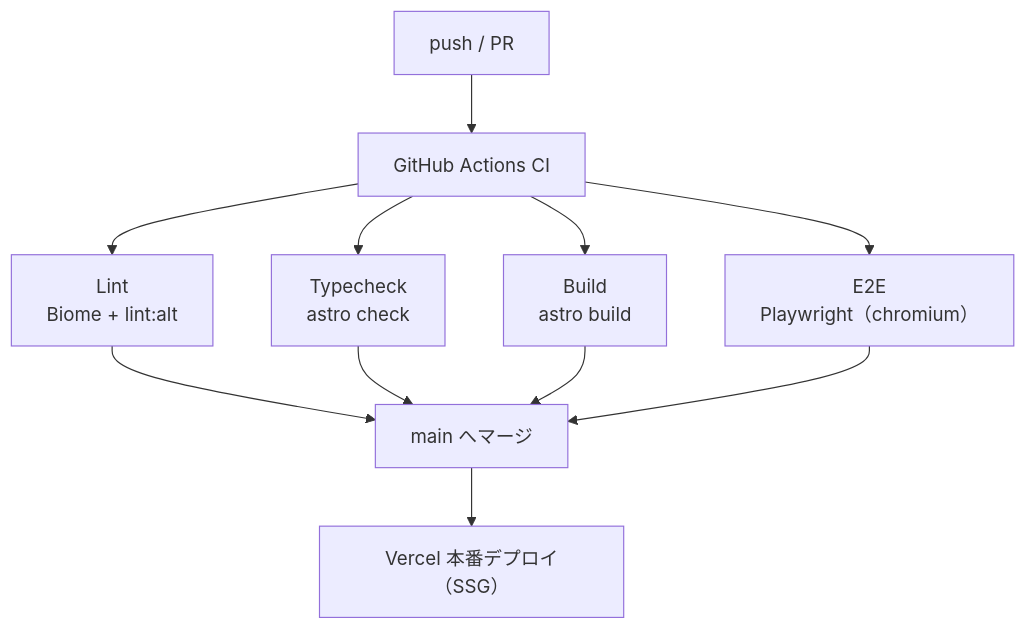
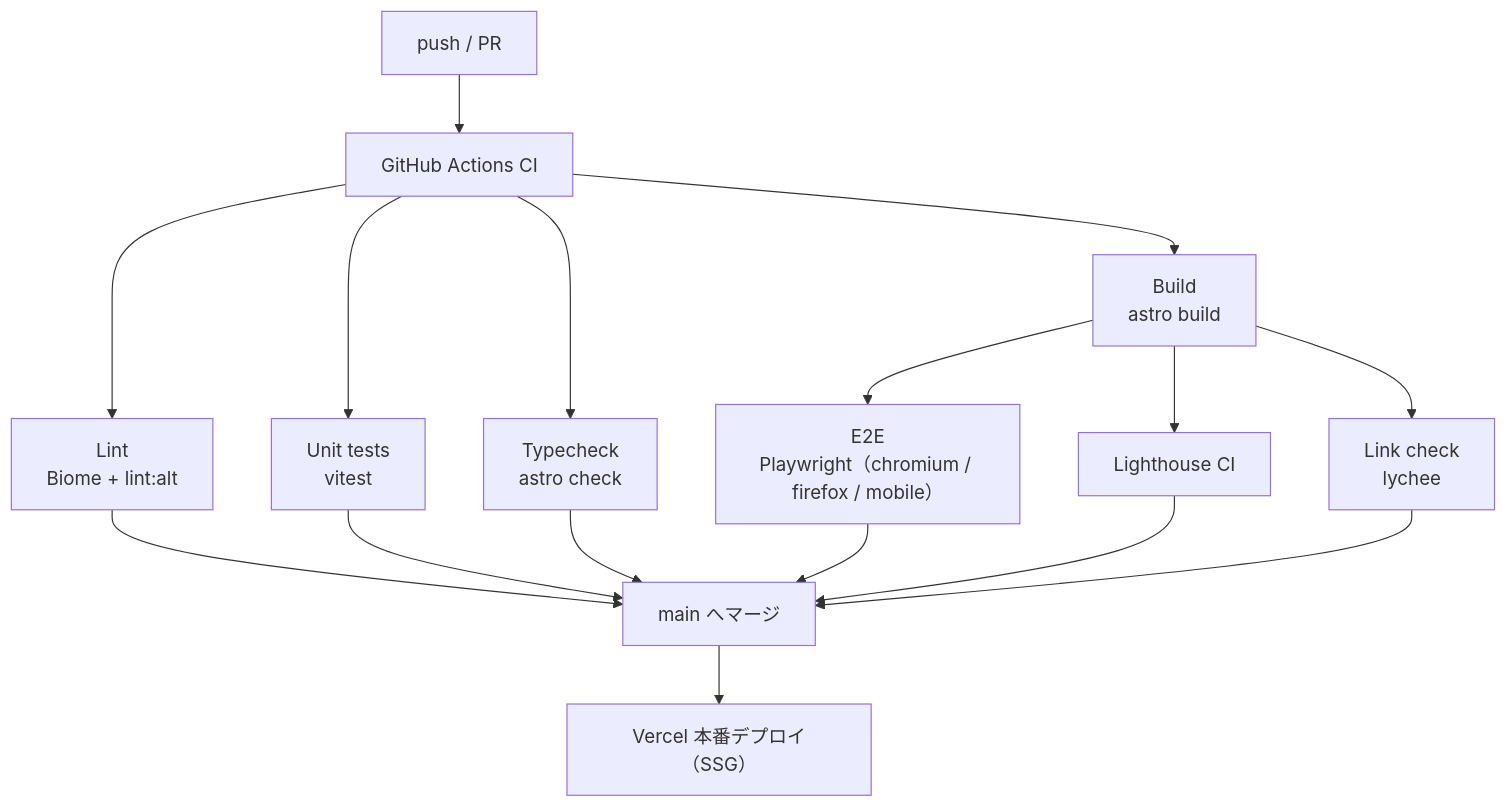
Before and after one commit to keroway/astro-blog: the fourth of 4 diagrams in README.md, drawn with Mermaid. The commit also changed other lines of this file and 5 other files, not shown here.

````diff
--- a/README.md
+++ b/README.md
@@ -195,13 +202,18 @@
 ```mermaid
 flowchart TD
     P["push / PR"] --> CI["GitHub Actions CI"]
     CI --> L["Lint<br/>Biome + lint:alt"]
+    CI --> U["Unit tests<br/>vitest"]
     CI --> T["Typecheck<br/>astro check"]
     CI --> B["Build<br/>astro build"]
-    CI --> E["E2E<br/>Playwright（chromium）"]
+    B --> E["E2E<br/>Playwright（chromium / firefox / mobile）"]
+    B --> LH["Lighthouse CI"]
+    B --> LC["Link check<br/>lychee"]
     L --> M["main へマージ"]
+    U --> M
     T --> M
-    B --> M
     E --> M
+    LH --> M
+    LC --> M
     M --> V["Vercel 本番デプロイ（SSG）"]
 ```
````
